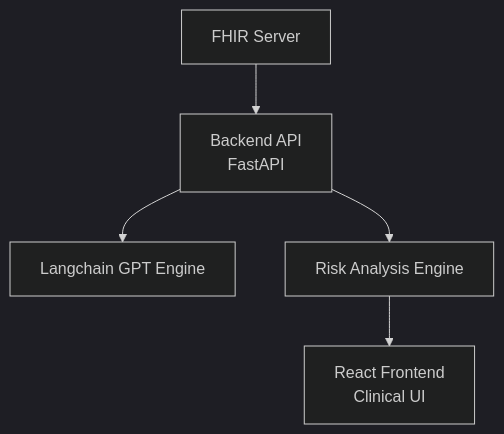
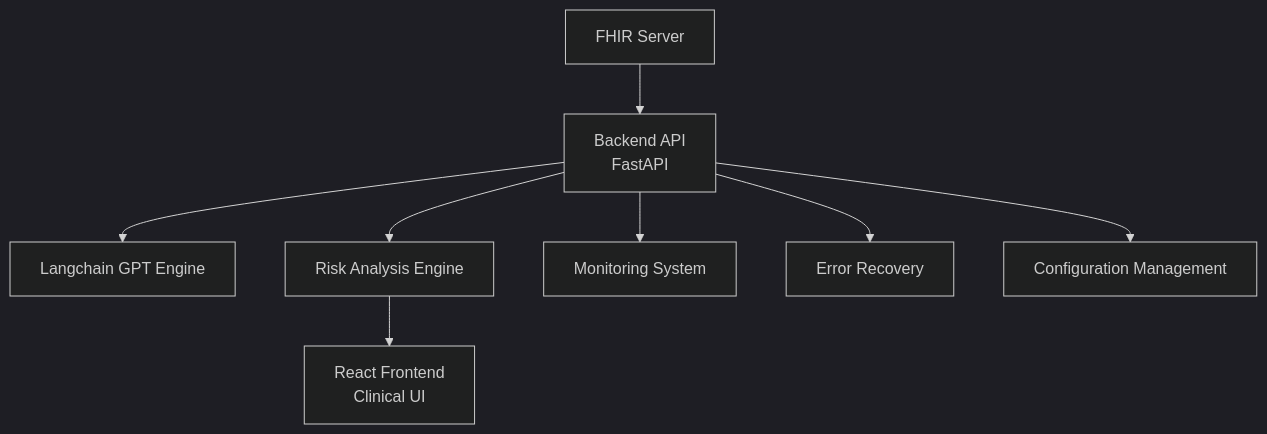
One commit to kunal0297/SmartClinicalCopilot changed the diagram in README.md. Above: the diagram before and after it, drawn with Mermaid (dark theme). The commit also changed other lines of this file and 33 other files, not shown here.

````diff
--- a/README.md
+++ b/README.md
@@ -47,7 +77,10 @@
 ```mermaid
 graph TD
     A[FHIR Server] --> B[Backend API <br> FastAPI]
     B --> C[Langchain GPT Engine]
     B --> D[Risk Analysis Engine]
     D --> E[React Frontend <br> Clinical UI]
+    B --> F[Monitoring System]
+    B --> G[Error Recovery]
+    B --> H[Configuration Management]
 ```
````
